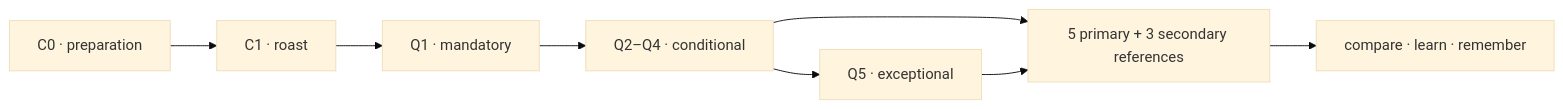
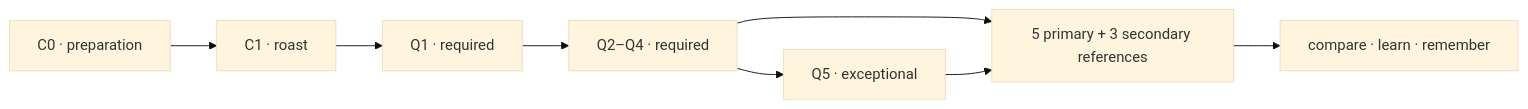
One commit to dpan538/coffee-flavor-research changed the first of 3 diagrams in README.md. Above: the diagram before and after it, drawn with Mermaid (base theme). The commit also changed other lines of this file and 99 other files, not shown here.

````diff
--- a/README.md
+++ b/README.md
@@ -50,10 +49,10 @@
 ```mermaid
 flowchart LR
     C0["C0 · preparation"] --> C1["C1 · roast"]
-    C1 --> Q1["Q1 · mandatory"]
-    Q1 --> Q24["Q2–Q4 · conditional"]
+    C1 --> Q1["Q1 · required"]
+    Q1 --> Q24["Q2–Q4 · required"]
     Q24 --> Q5["Q5 · exceptional"]
     Q24 --> R["5 primary + 3 secondary references"]
     Q5 --> R
     R --> L["compare · learn · remember"]
 ```
````
